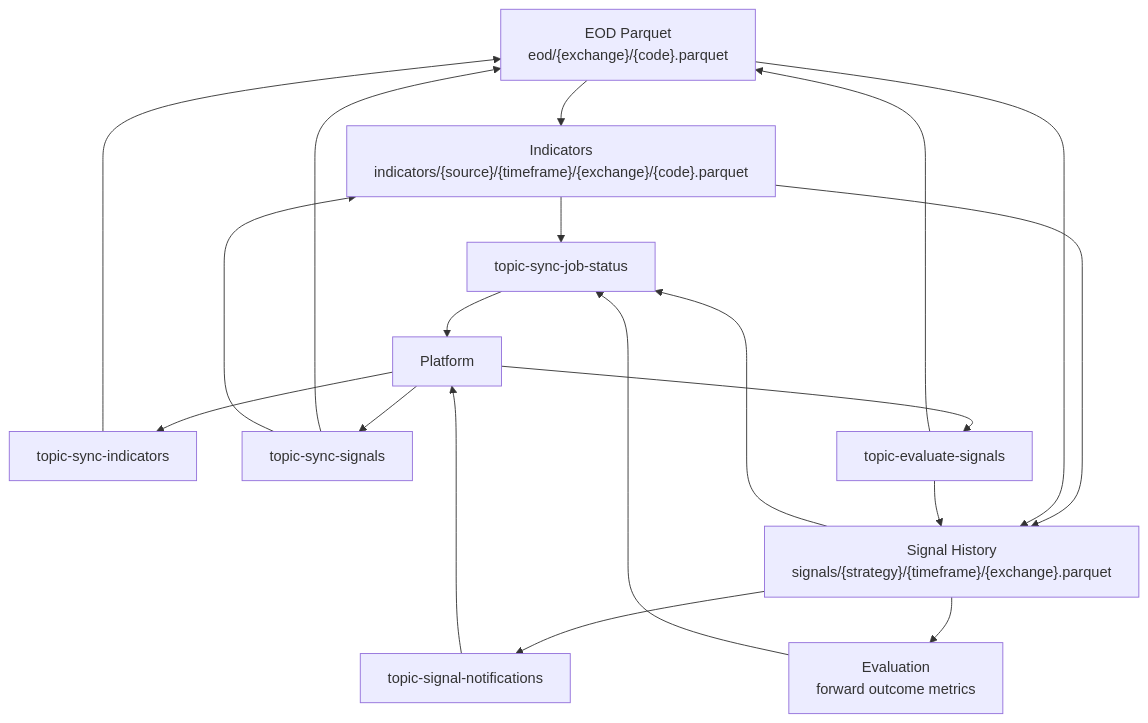
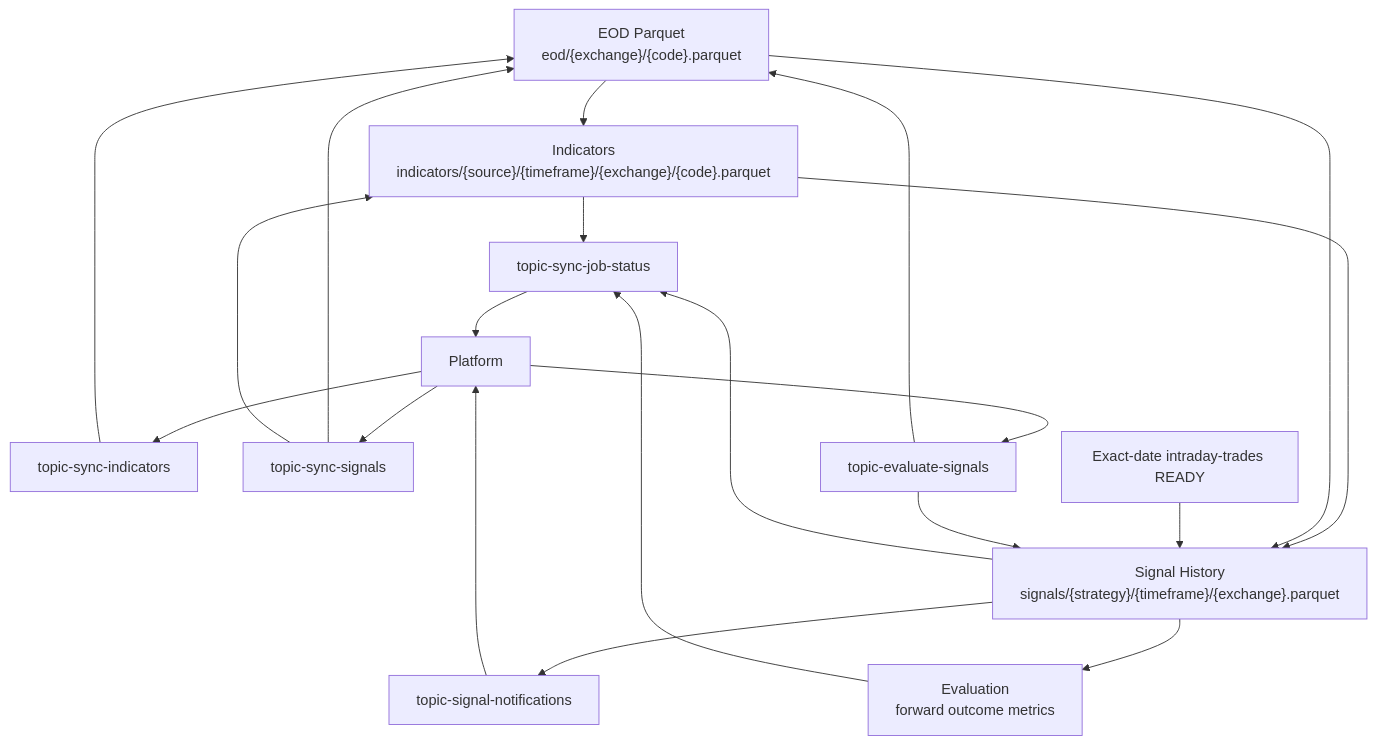
Before and after one commit to tanlocit9/omni: the first of 3 diagrams in docs/flows/003-indicator-signal.md, drawn with Mermaid. The commit also changed other lines of this file and 58 other files, not shown here.

````diff
--- a/docs/flows/003-indicator-signal.md
+++ b/docs/flows/003-indicator-signal.md
@@ -7,32 +7,34 @@
 ```mermaid
 flowchart TD
   EOD["EOD Parquet<br/>eod/{exchange}/{code}.parquet"]
   IndicatorJob["topic-sync-indicators"]
   Indicators["Indicators<br/>indicators/{source}/{timeframe}/{exchange}/{code}.parquet"]
   SignalJob["topic-sync-signals"]
+  Intraday["Exact-date intraday-trades READY"]
   Signals["Signal History<br/>signals/{strategy}/{timeframe}/{exchange}.parquet"]
   EvalJob["topic-evaluate-signals"]
   Evaluation["Evaluation<br/>forward outcome metrics"]
   NotifyTopic["topic-signal-notifications"]
   Status["topic-sync-job-status"]
   Platform["Platform"]
 
   Platform --> IndicatorJob
   IndicatorJob --> EOD
   EOD --> Indicators
   Indicators --> Status
   Platform --> SignalJob
   SignalJob --> EOD
   SignalJob --> Indicators
   Indicators --> Signals
   EOD --> Signals
+  Intraday --> Signals
   Signals --> Status
   Signals --> NotifyTopic
   Platform --> EvalJob
   EvalJob --> Signals
   EvalJob --> EOD
   Signals --> Evaluation
   Evaluation --> Status
   NotifyTopic --> Platform
   Status --> Platform
 ```
````
